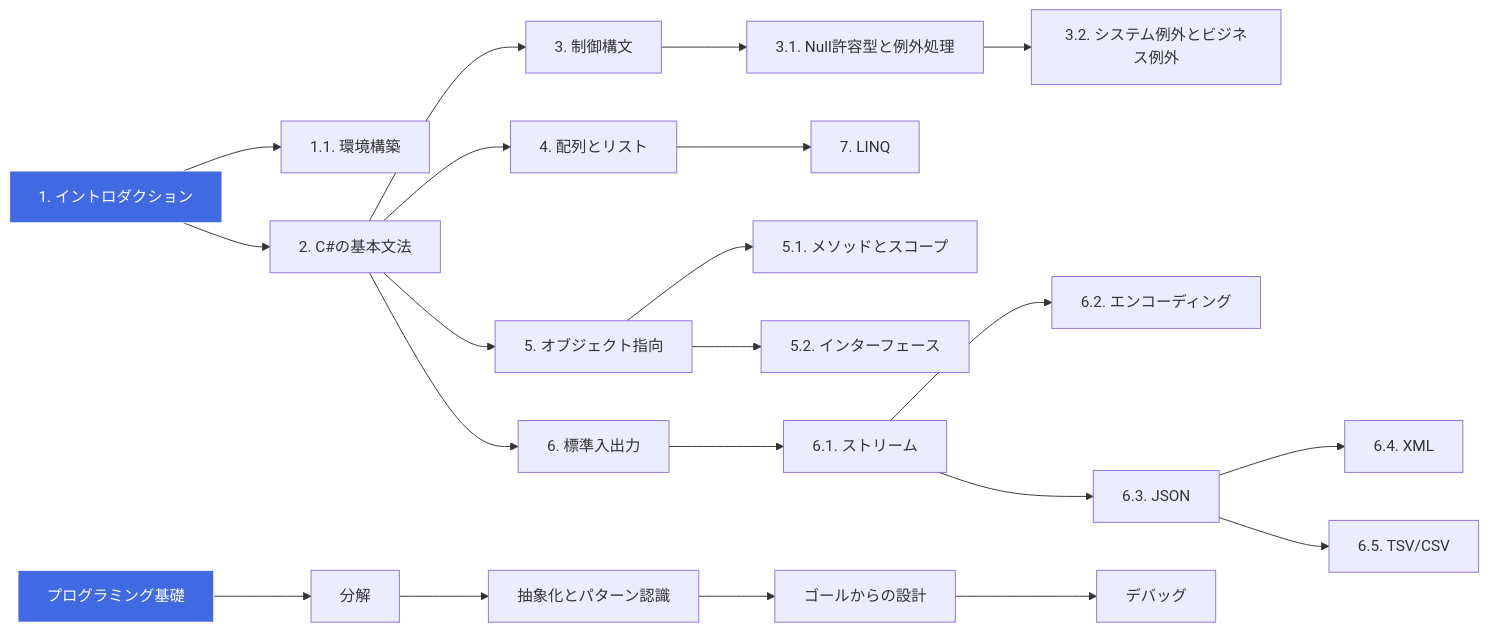
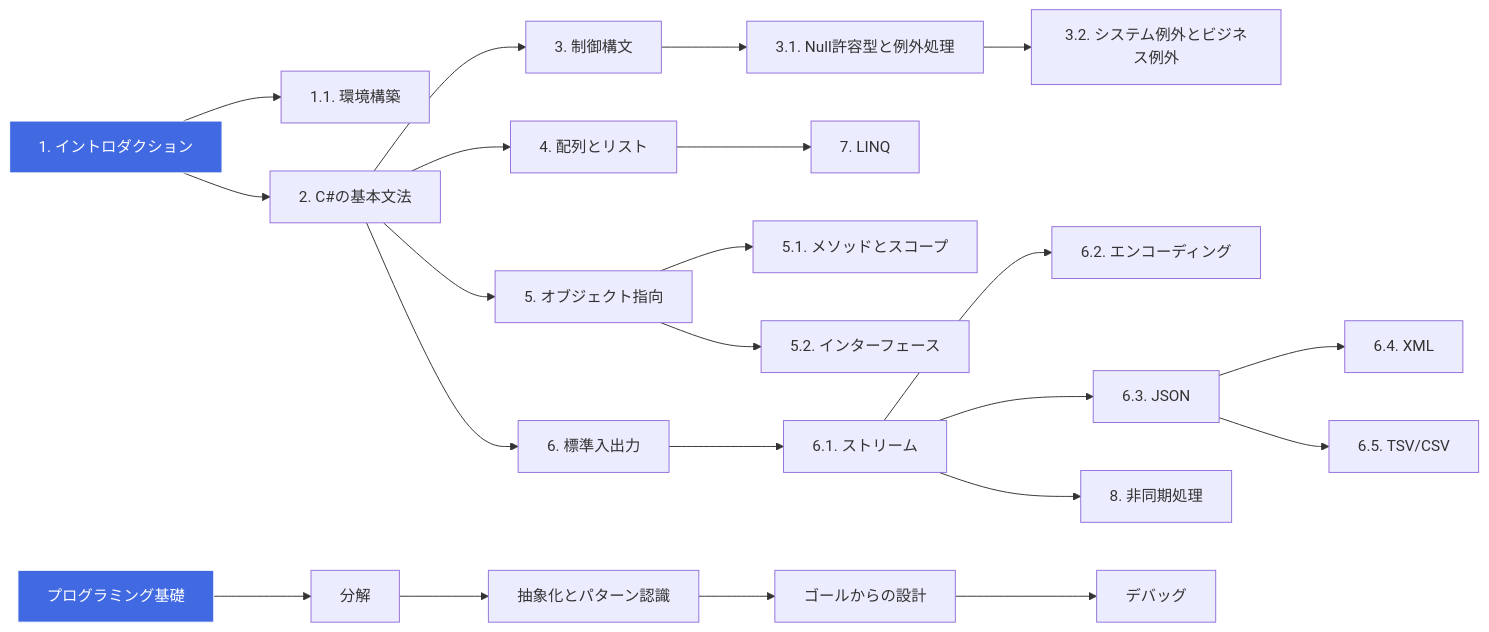
Before and after one commit to h0r1-m/csharp_zoro_to_hero: the diagram in README.md, drawn with Mermaid.

Commit message:
README.md修正

````diff
--- a/README.md
+++ b/README.md
@@ -16,25 +16,26 @@
 ```mermaid
 flowchart LR
   S1[1. イントロダクション] --> S11[1.1. 環境構築]
   S1 --> S2[2. C#の基本文法]
   S2 --> S3[3. 制御構文]
   S2 --> S4[4. 配列とリスト]
   S3 --> S31[3.1. Null許容型と例外処理]
   S31 --> S32[3.2. システム例外とビジネス例外]
   S4 --> S7[7. LINQ]
   S2 --> S5[5. オブジェクト指向]
   S5 --> S51[5.1. メソッドとスコープ]
   S5 --> S52[5.2. インターフェース]
   S2 --> S6[6. 標準入出力]
   S6 --> S61[6.1. ストリーム]
   S61 --> S62[6.2. エンコーディング]
   S61 --> S63[6.3. JSON]
   S63 --> S64[6.4. XML]
   S63 --> S65[6.5. TSV/CSV]
+  S61 --> S8[8. 非同期処理]
   P0[プログラミング基礎] --> P1[分解]
   P1 --> P2[抽象化とパターン認識]
   P2 --> P3[ゴールからの設計]
   P3 --> P4[デバッグ]
   style S1 fill:#4169e1,stroke:#fff,color:#fff
   style P0 fill:#4169e1,stroke:#fff,color:#fff
 ```
````
